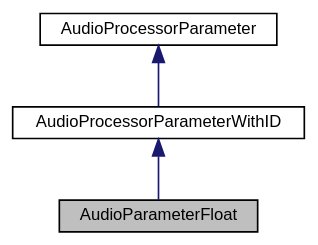
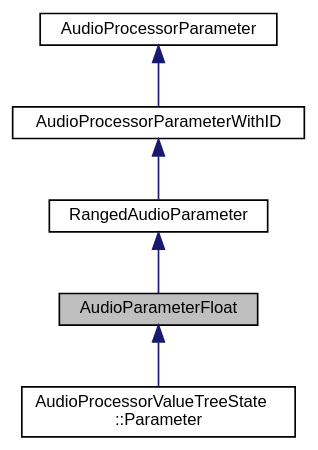
Before and after one commit to klangfreund/jucedoc: the diagram in doc/classAudioParameterFloat__inherit__graph.dot, drawn with Graphviz. The commit also changed 2776 other files, not shown here.

```diff
--- a/doc/classAudioParameterFloat__inherit__graph.dot
+++ b/doc/classAudioParameterFloat__inherit__graph.dot
@@ -1,11 +1,15 @@
 digraph "AudioParameterFloat"
 {
   bgcolor="transparent";
   edge [fontname="Helvetica",fontsize="10",labelfontname="Helvetica",labelfontsize="10"];
   node [fontname="Helvetica",fontsize="10",shape=record];
   Node0 [label="AudioParameterFloat",height=0.2,width=0.4,color="black", fillcolor="grey75", style="filled", fontcolor="black"];
   Node1 -> Node0 [dir="back",color="midnightblue",fontsize="10",style="solid",fontname="Helvetica"];
-  Node1 [label="AudioProcessorParameterWithID",height=0.2,width=0.4,color="black",URL="$classAudioProcessorParameterWithID.html",tooltip="This abstract base class is used by some AudioProcessorParameter helper classes. "];
+  Node1 [label="RangedAudioParameter",height=0.2,width=0.4,color="black",URL="$classRangedAudioParameter.html",tooltip="This abstract base class is used by some AudioProcessorParameter helper classes. "];
   Node2 -> Node1 [dir="back",color="midnightblue",fontsize="10",style="solid",fontname="Helvetica"];
-  Node2 [label="AudioProcessorParameter",height=0.2,width=0.4,color="black",URL="$classAudioProcessorParameter.html",tooltip="An abstract base class for parameter objects that can be added to an AudioProcessor. "];
+  Node2 [label="AudioProcessorParameterWithID",height=0.2,width=0.4,color="black",URL="$classAudioProcessorParameterWithID.html",tooltip="This abstract base class is used by some AudioProcessorParameter helper classes. "];
+  Node3 -> Node2 [dir="back",color="midnightblue",fontsize="10",style="solid",fontname="Helvetica"];
+  Node3 [label="AudioProcessorParameter",height=0.2,width=0.4,color="black",URL="$classAudioProcessorParameter.html",tooltip="An abstract base class for parameter objects that can be added to an AudioProcessor. "];
+  Node0 -> Node4 [dir="back",color="midnightblue",fontsize="10",style="solid",fontname="Helvetica"];
+  Node4 [label="AudioProcessorValueTreeState\l::Parameter",height=0.2,width=0.4,color="black",URL="$classAudioProcessorValueTreeState_1_1Parameter.html",tooltip="A parameter class that maintains backwards compatibility with deprecated AudioProcessorValueTreeState..."];
 }
```
